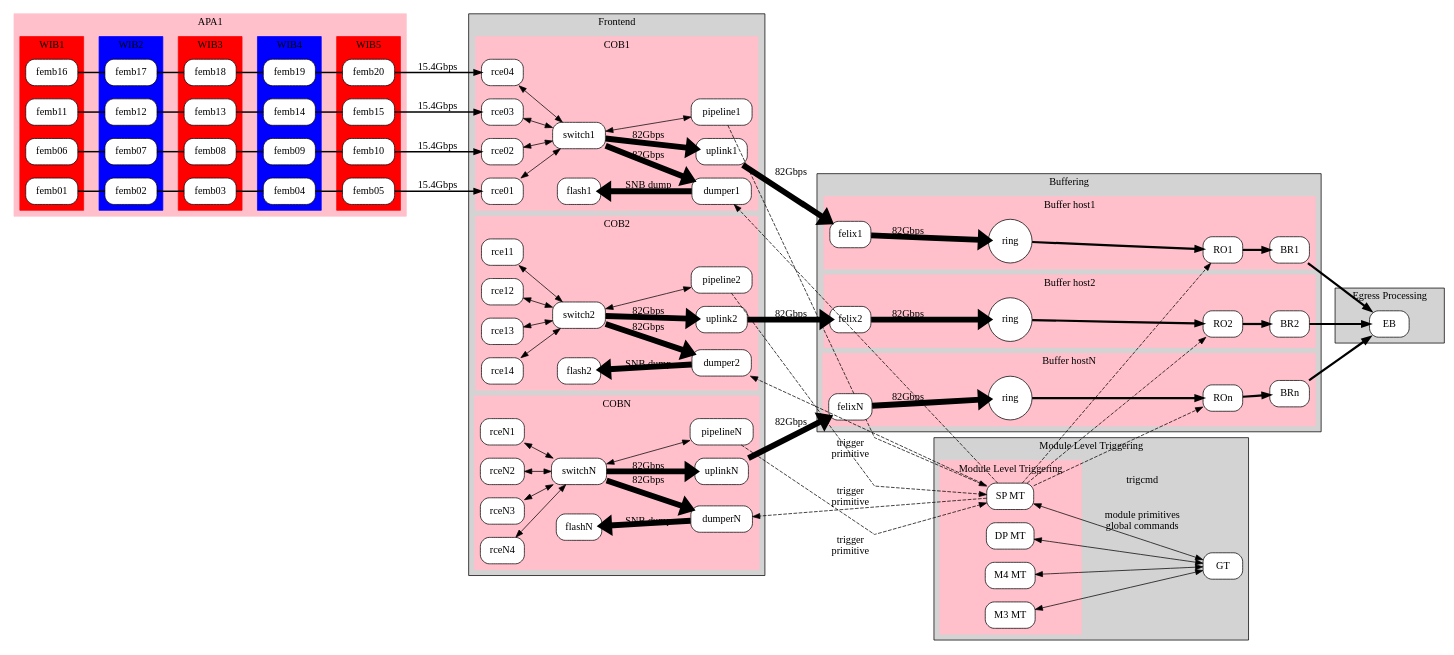
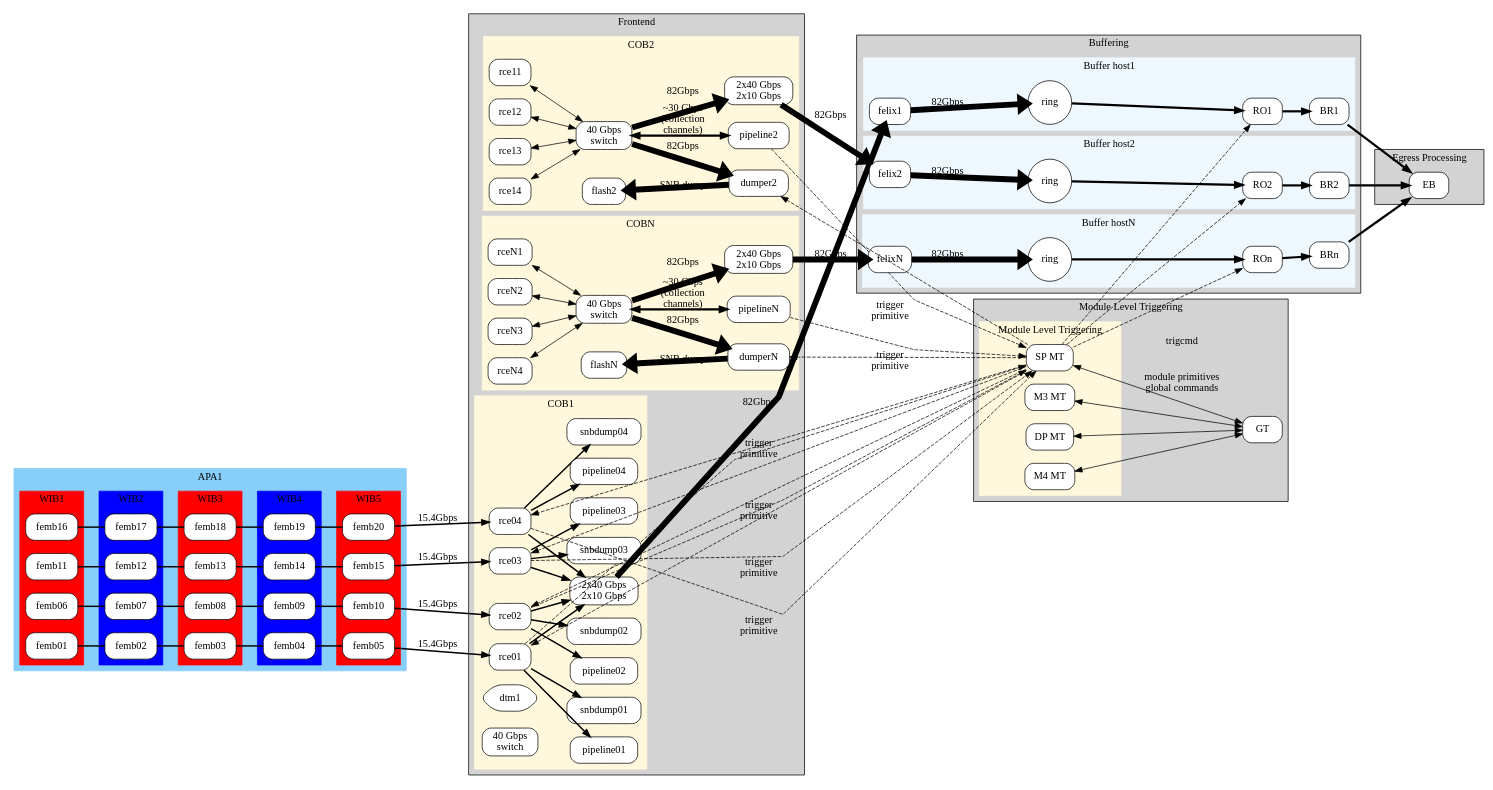
One commit to brettviren/thread-tests changed the diagram in docs/daqhl.dot. Above: the diagram before and after it, drawn with Graphviz. The commit also changed 3 other files, not shown here.

```diff
--- a/docs/daqhl.dot
+++ b/docs/daqhl.dot
@@ -17,7 +17,7 @@
 
         subgraph cluster_femb {
                 label="APA1";
-                graph [color=pink];
+                graph [color=lightskyblue];
                 
                 subgraph cluster_wib1 {
                         label="WIB1";
@@ -65,35 +65,40 @@
                 label="Frontend";
                 subgraph cluster_cob1 {
                         label="COB1";
-                        graph [color=pink];
-                        edge[dir=both];
+                        graph [color=cornsilk];
                         
-                        rce01;
-                        rce02;
-                        rce03;
-                        rce04;
-                        uplink1;
-                        switch1;
-                        pipeline1;
-                        dumper1;
-                        flash1;
-                        rce01->switch1;
-                        rce02->switch1;
-                        rce03->switch1;
-                        rce04->switch1;
-                        switch1->pipeline1;
+                        rce01->snbdump01[penwidth=2];
+                        rce02->snbdump02[penwidth=2];
+                        rce03->snbdump03[penwidth=2];
+                        rce04->snbdump04[penwidth=2];
+
+                        // fixme: implicated in trigger processing
+                        dtm1[shape=hexagon];
+                        
+
+                        uplink1[label="2x40 Gbps\n2x10 Gbps"];
+                        switch1[label="40 Gbps\nswitch"];
+
+                        rce01->uplink1[penwidth=2];
+                        rce02->uplink1[penwidth=2];
+                        rce03->uplink1[penwidth=2];
+                        rce04->uplink1[penwidth=2];
+                        rce01->pipeline01[penwidth=2];
+                        rce02->pipeline02[penwidth=2];
+                        rce03->pipeline03[penwidth=2];
+                        rce04->pipeline04[penwidth=2];
                 }
                 subgraph cluster_cob2 {
                         label="COB2";
-                        graph [color=pink];
+                        graph [color=cornsilk];
                         edge[dir=both];
                         
                         rce11;
                         rce12;
                         rce13;
                         rce14;
-                        uplink2;
-                        switch2;
+                        uplink2[label="2x40 Gbps\n2x10 Gbps"];
+                        switch2[label="40 Gbps\nswitch"];
                         pipeline2;
                         dumper2;
                         flash2;
@@ -101,19 +106,19 @@
                         rce12->switch2;
                         rce13->switch2;
                         rce14->switch2;
-                        switch2->pipeline2;
+                        switch2->pipeline2[penwidth=3,label="~30 Gbps\n(collection\nchannels)"];
                 }
                 subgraph cluster_cobN {
                         label="COBN";
-                        graph [color=pink];
+                        graph [color=cornsilk];
                         edge[dir=both];
                         
                         rceN1;
                         rceN2;
                         rceN3;
                         rceN4;
-                        uplinkN;
-                        switchN;
+                        uplinkN[label="2x40 Gbps\n2x10 Gbps"];
+                        switchN[label="40 Gbps\nswitch"];
                         pipelineN;
                         dumperN;
                         flashN;
@@ -121,13 +126,13 @@
                         rceN2->switchN;
                         rceN3->switchN;
                         rceN4->switchN;
-                        switchN->pipelineN;
+                        switchN->pipelineN[penwidth=3,label="~30 Gbps\n(collection\nchannels)"];
                 }
         }
         subgraph cluster_buffer {
                 label="Buffering";
                 subgraph cluster_buffer1 {
-                        graph [color=pink];
+                        graph [color=aliceblue];
                         label="Buffer host1"
                         felix1;
                         ring1[shape=circle,label="ring"];
@@ -136,7 +141,7 @@
                         
                 }
                 subgraph cluster_buffer2 {
-                        graph [color=pink];
+                        graph [color=aliceblue];
                         label="Buffer host2"
                         felix2;
                         ring2[shape=circle,label="ring"];
@@ -144,7 +149,7 @@
                         BR2;
                 }
                 subgraph cluster_bufferN {
-                        graph [color=pink];
+                        graph [color=aliceblue];
                         label="Buffer hostN"
                         felixN;
                         ringn[shape=circle,label="ring"];
@@ -158,7 +163,7 @@
                 edge[dir=both];
                 GT;
                 subgraph cluster_modtrig {
-                        graph [color=pink];
+                        graph [color=cornsilk];
                         MT1[label="SP MT"];
                         MT2[label="DP MT"];
                         MT3[label="M3 MT"];
@@ -188,15 +193,15 @@
         femb20->rce04[label="15.4Gbps"];        
 
         edge[penwidth=8];
-        switch1->uplink1[label="82Gbps"];
+        //switch1->uplink1[label="82Gbps"];
         switch2->uplink2[label="82Gbps"];
         switchN->uplinkN[label="82Gbps"];
 
-        switch1->dumper1[label="82Gbps"];
+        //switch1->dumper1[label="82Gbps"];
         switch2->dumper2[label="82Gbps"];
         switchN->dumperN[label="82Gbps"];
 
-        flash1->dumper1[dir=back,label="SNB dump"];
+        //flash1->dumper1[dir=back,label="SNB dump"];
         flash2->dumper2[dir=back,label="SNB dump"];
         flashN->dumperN[dir=back,label="SNB dump"];
 
@@ -217,10 +222,18 @@
         BRn->EB;
 
         edge[penwidth=1,style=dashed];
-        pipeline1->MT1[label="trigger\nprimitive",constraint=false];
+        // fixme: trigger comms go through the switch.
+        rce01->MT1[label="trigger\nprimitive",constraint=false];
+        rce02->MT1[label="trigger\nprimitive",constraint=false];
+        rce03->MT1[label="trigger\nprimitive",constraint=false];
+        rce04->MT1[label="trigger\nprimitive",constraint=false];
         pipeline2->MT1[label="trigger\nprimitive",constraint=false];
         pipelineN->MT1[label="trigger\nprimitive",constraint=false];
-        MT1->dumper1[constraint=false];
+        //MT1->dumper1[constraint=false];
+        MT1->rce01[constraint=false];
+        MT1->rce02[constraint=false];
+        MT1->rce03[constraint=false];
+        MT1->rce04[constraint=false];
         MT1->dumper2[constraint=false];
         MT1->dumperN[constraint=false];
         
```
